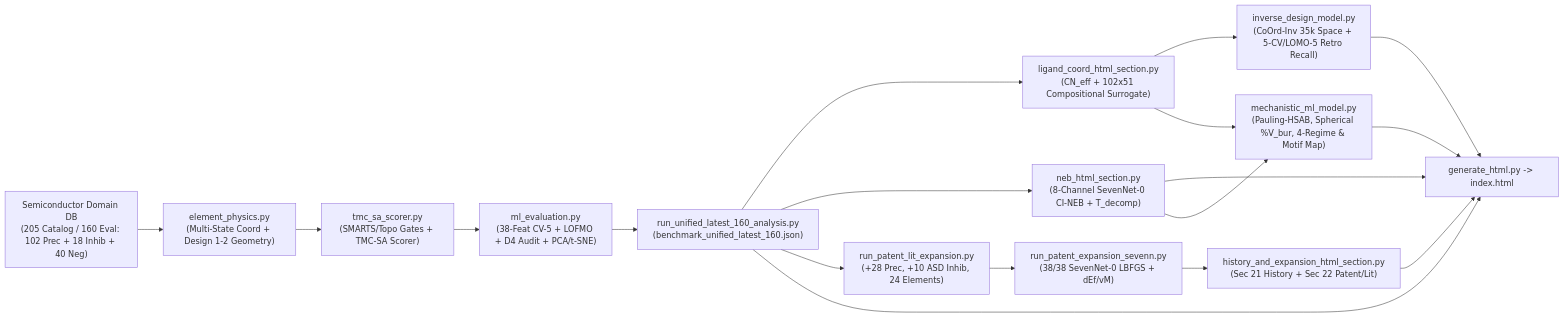
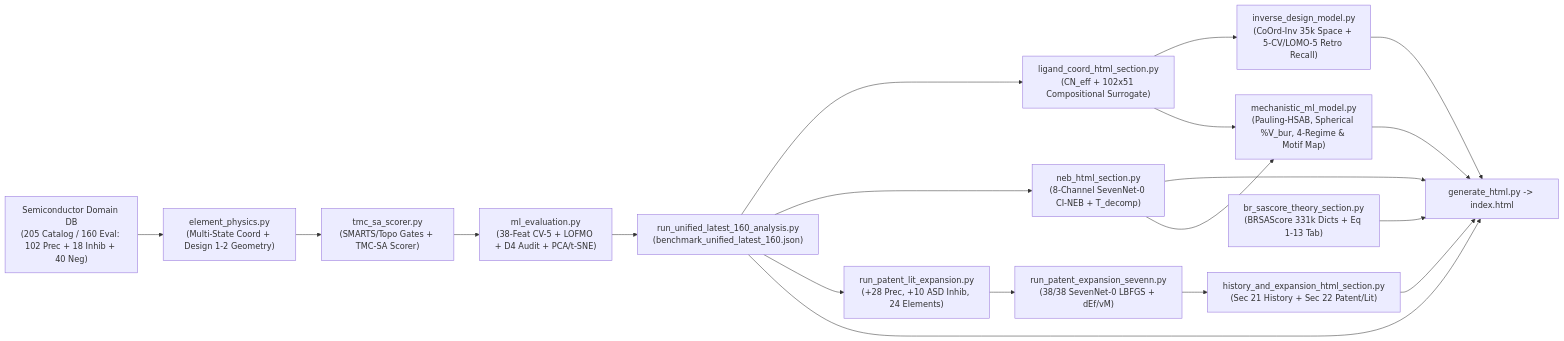
The first of 2 diagrams in README.md (DonghLee57/study_synthetic_accessibility), drawn with Mermaid before and after one commit. The commit also changed other lines of this file and 6 other files, not shown here.

Commit message:
feat: add Background Theory tab covering 2009 SAScore issues and unified BR-SAScore guide

````diff
--- a/README.md
+++ b/README.md
@@ -188,20 +189,21 @@
 ```mermaid
 flowchart LR
     DB["Semiconductor Domain DB<br>(205 Catalog / 160 Eval: 102 Prec + 18 Inhib + 40 Neg)"] --> EP["element_physics.py<br>(Multi-State Coord + Design 1-2 Geometry)"]
     EP --> TS["tmc_sa_scorer.py<br>(SMARTS/Topo Gates + TMC-SA Scorer)"]
     TS --> MLE["ml_evaluation.py<br>(38-Feat CV-5 + LOFMO + D4 Audit + PCA/t-SNE)"]
     MLE --> ORCH["run_unified_latest_160_analysis.py<br>(benchmark_unified_latest_160.json)"]
     ORCH --> LIG["ligand_coord_html_section.py<br>(CN_eff + 102x51 Compositional Surrogate)"]
     ORCH --> NEB["neb_html_section.py<br>(8-Channel SevenNet-0 CI-NEB + T_decomp)"]
     LIG --> INV["inverse_design_model.py<br>(CoOrd-Inv 35k Space + 5-CV/LOMO-5 Retro Recall)"]
     NEB --> HTML["generate_html.py -> index.html"]
     INV --> HTML
     LIG --> MECH["mechanistic_ml_model.py<br>(Pauling-HSAB, Spherical %V_bur, 4-Regime & Motif Map)"]
     NEB --> MECH
     MECH --> HTML
     ORCH --> EXP["run_patent_lit_expansion.py<br>(+28 Prec, +10 ASD Inhib, 24 Elements)"]
     EXP --> EXP7N["run_patent_expansion_sevenn.py<br>(38/38 SevenNet-0 LBFGS + dEf/vM)"]
     EXP7N --> HIST["history_and_expansion_html_section.py<br>(Sec 21 History + Sec 22 Patent/Lit)"]
     HIST --> HTML
+    BRT["br_sascore_theory_section.py<br>(BRSAScore 331k Dicts + Eq 1-13 Tab)"] --> HTML
     ORCH --> HTML
 ```
````
